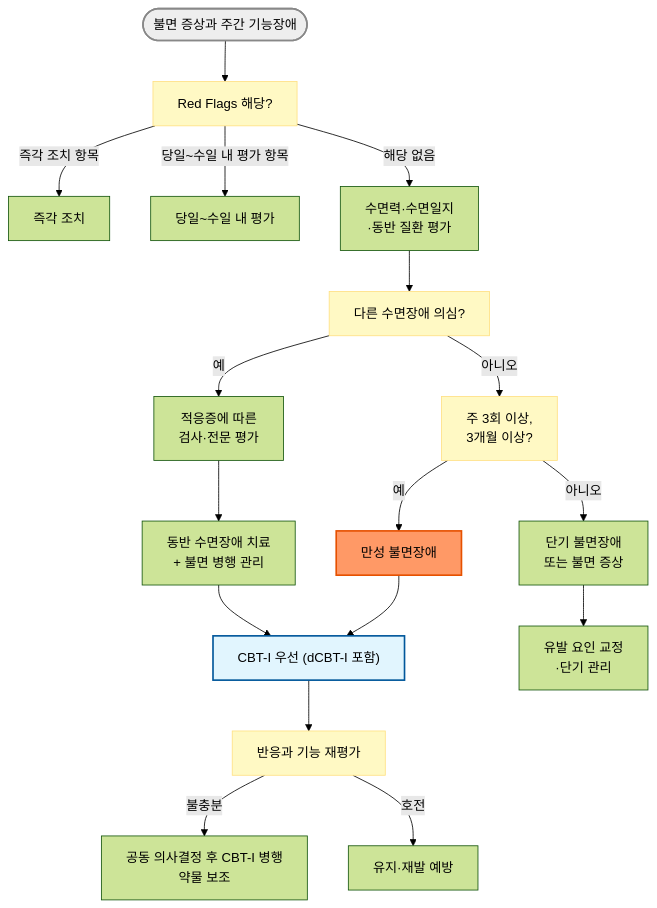
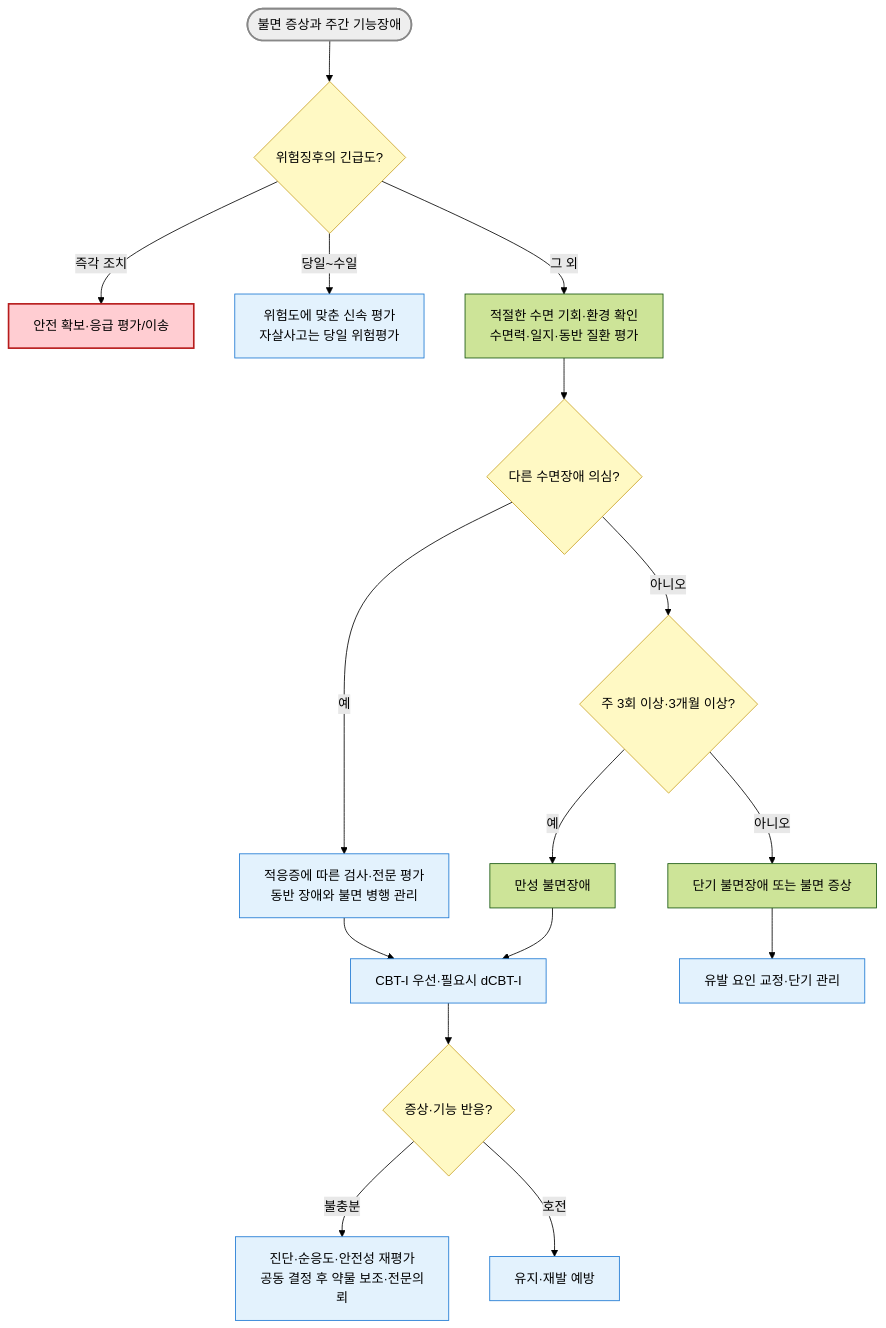
The diagram in 221_/029_-insomnia-sleep-disorder.md (familyoh77/familyoh77), drawn with Mermaid (forest theme) before and after one commit. The commit also changed other lines of this file and 9 other files, not shown here.

````diff
--- a/221_/029_-insomnia-sleep-disorder.md
+++ b/221_/029_-insomnia-sleep-disorder.md
@@ -232,27 +232,26 @@
 ```mermaid
-graph TD
-    Start([불면 증상과 주간 기능장애]) --> Safety["Red Flags 해당?"]
-    Safety -- "즉각 조치 항목" --> T1["즉각 조치"]
-    Safety -- "당일~수일 내 평가 항목" --> T2["당일~수일 내 평가"]
-    Safety -- "해당 없음" --> Assess["수면력·수면일지<br/>·동반 질환 평가"]
-    Assess --> Other["다른 수면장애 의심?"]
-    Other -- "예" --> Test["적응증에 따른 <br/>검사·전문 평가"]
-    Other -- "아니오" --> Duration["주 3회 이상, <br/>3개월 이상?"]
-    Duration -- "예" --> Chronic[만성 불면장애]
-    Duration -- "아니오" --> Short["단기 불면장애 <br/>또는 불면 증상"]
-    Test --> Combined["동반 수면장애 치료 <br/>+ 불면 병행 관리"]
-    Chronic --> CBT["CBT-I 우선 (dCBT-I 포함)"]
-    Short --> Cause["유발 요인 교정<br/>·단기 관리"]
-    Combined --> CBT
-    CBT --> Review["반응과 기능 재평가"]
-    Review -- "불충분" --> Drug["공동 의사결정 후 CBT-I 병행 <br/>약물 보조"]
+flowchart TD
+    Start(["불면 증상과 주간 기능장애"]) --> Safety{"위험징후의 긴급도?"}
+    Safety -- "즉각 조치" --> ER["안전 확보·응급 평가/이송"]
+    Safety -- "당일~수일" --> Urgent["위험도에 맞춘 신속 평가<br/>자살사고는 당일 위험평가"]
+    Safety -- "그 외" --> Assess["적절한 수면 기회·환경 확인<br/>수면력·일지·동반 질환 평가"]
+    Assess --> Other{"다른 수면장애 의심?"}
+    Other -- "예" --> Test["적응증에 따른 검사·전문 평가<br/>동반 장애와 불면 병행 관리"]
+    Other -- "아니오" --> Duration{"주 3회 이상·3개월 이상?"}
+    Duration -- "예" --> Chronic["만성 불면장애"]
+    Duration -- "아니오" --> Short["단기 불면장애 또는 불면 증상"]
+    Test --> CBT["CBT-I 우선·필요시 dCBT-I"]
+    Chronic --> CBT
+    Short --> Cause["유발 요인 교정·단기 관리"]
+    CBT --> Review{"증상·기능 반응?"}
+    Review -- "불충분" --> Drug["진단·순응도·안전성 재평가<br/>공동 결정 후 약물 보조·전문의뢰"]
     Review -- "호전" --> Prevent["유지·재발 예방"]
-    style Start fill:#eeeeee,stroke:#888888,stroke-width:2px
-    style Safety fill:#fff9c4,stroke:#ffe082
-    style Other fill:#fff9c4,stroke:#ffe082
-    style Duration fill:#fff9c4,stroke:#ffe082
-    style Review fill:#fff9c4,stroke:#ffe082
-    style Chronic fill:#f96,stroke:#e65100,stroke-width:2px
-    style CBT fill:#e1f5fe,stroke:#01579b,stroke-width:2px
-
+    classDef start fill:#eee,stroke:#888,stroke-width:2px
+    classDef decision fill:#fff9c4,stroke:#c9a227
+    classDef emergency fill:#ffcdd2,stroke:#b71c1c,stroke-width:2px
+    classDef treatment fill:#e3f2fd,stroke:#1976d2
+    class Start start
+    class Safety,Other,Duration,Review decision
+    class ER emergency
+    class Urgent,Test,CBT,Cause,Drug,Prevent treatment
 ```
````
